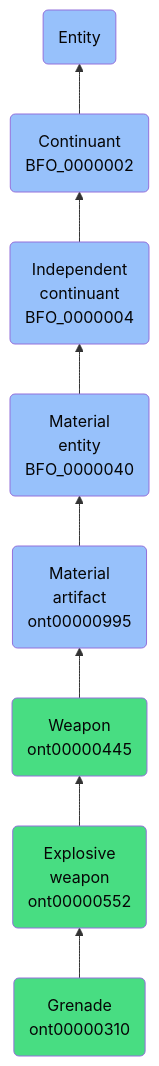
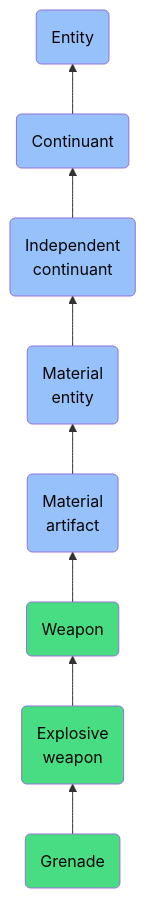
The diagram in docs/ontology/reference/model/Entity/Continuant/Independent continuant/Material entity/Material artifact/Weapon/Explosive weapon/Grenade/Grenade.md (jupyter-naas/abi), drawn with Mermaid before and after one commit. The commit also changed other lines of this file and 1430 other files, not shown here.

````diff
--- a/docs/ontology/reference/model/Entity/Continuant/Independent continuant/Material entity/Material artifact/Weapon/Explosive weapon/Grenade/Grenade.md
+++ b/docs/ontology/reference/model/Entity/Continuant/Independent continuant/Material entity/Material artifact/Weapon/Explosive weapon/Grenade/Grenade.md
@@ -24,15 +24,15 @@
 ```mermaid
 graph BT
-    ont00000310(Grenade<br>ont00000310):::ABI-->ont00000552
-    ont00000552(Explosive<br>weapon<br>ont00000552):::ABI-->ont00000445
-    ont00000445(Weapon<br>ont00000445):::ABI-->ont00000995
-    ont00000995(Material<br>artifact<br>ont00000995):::BFO-->BFO_0000040
-    BFO_0000040(Material<br>entity<br>BFO_0000040):::BFO-->BFO_0000004
-    BFO_0000004(Independent<br>continuant<br>BFO_0000004):::BFO-->BFO_0000002
-    BFO_0000002(Continuant<br>BFO_0000002):::BFO-->BFO_0000001
+    ont00000310(Grenade):::ABI-->ont00000552
+    ont00000552(Explosive<br>weapon):::ABI-->ont00000445
+    ont00000445(Weapon):::ABI-->ont00000995
+    ont00000995(Material<br>artifact):::BFO-->BFO_0000040
+    BFO_0000040(Material<br>entity):::BFO-->BFO_0000004
+    BFO_0000004(Independent<br>continuant):::BFO-->BFO_0000002
+    BFO_0000002(Continuant):::BFO-->BFO_0000001
     BFO_0000001(Entity):::BFO
     
     classDef BFO fill:#97c1fb,color:#060606
     classDef CCO fill:#e4c51e,color:#060606
     classDef ABI fill:#48DD82,color:#060606
 ```
````
